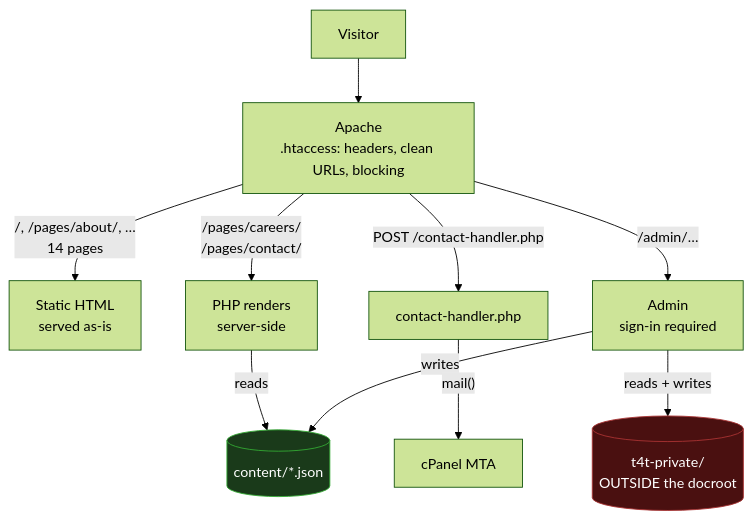
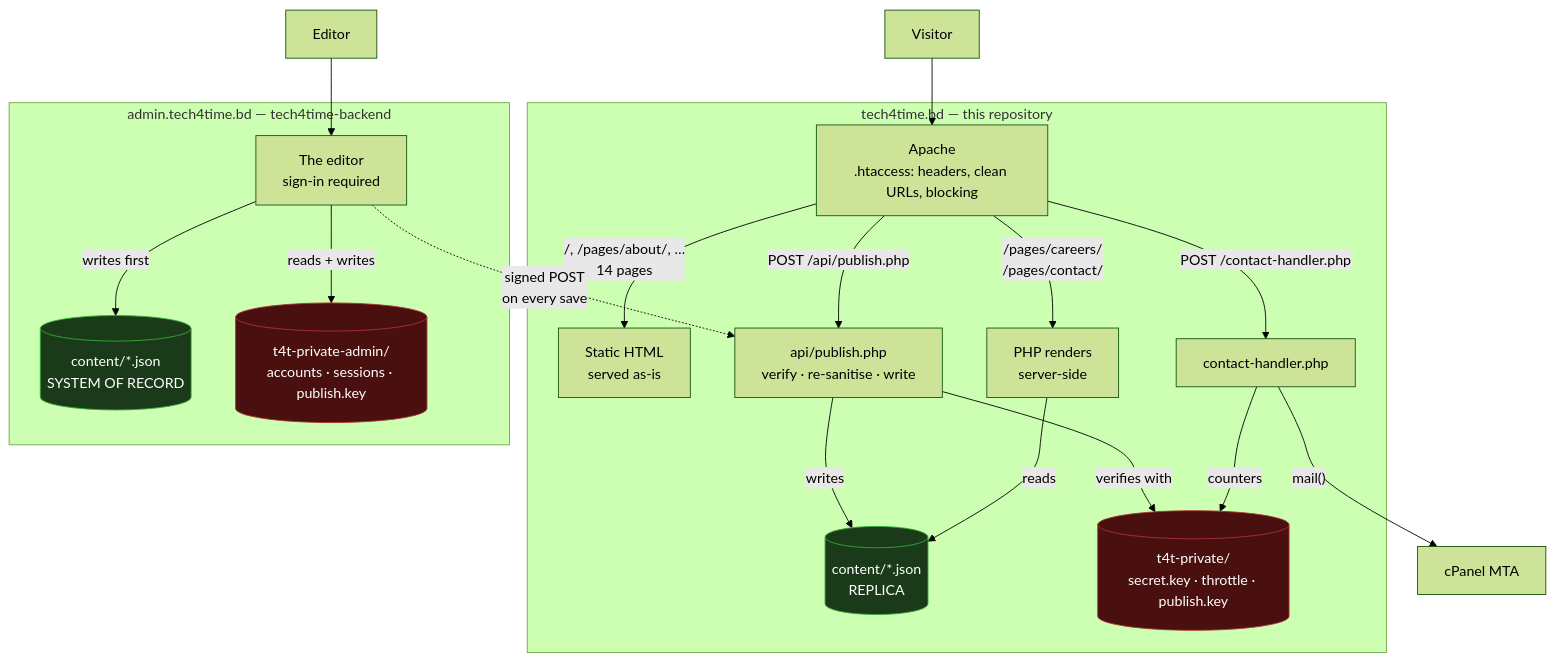
One commit to M-s-Tech4TIME/tech4time-website-frontend changed the first of 3 diagrams in docs/00-orientation/architecture.md. Above: the diagram before and after it, drawn with Mermaid (forest theme). The commit also changed other lines of this file and 87 other files, not shown here.

````diff
--- a/docs/00-orientation/architecture.md
+++ b/docs/00-orientation/architecture.md
@@ -12,17 +12,40 @@
 ```mermaid
 flowchart TB
-    V["Visitor"] --> AP["Apache<br/>.htaccess: headers, clean URLs, blocking"]
+    subgraph FE["tech4time.bd — this repository"]
+        AP["Apache<br/>.htaccess: headers, clean URLs, blocking"]
+        ST["Static HTML<br/>served as-is"]
+        PHP["PHP renders<br/>server-side"]
+        CH["contact-handler.php"]
+        API["api/publish.php<br/>verify · re-sanitise · write"]
+        CJ[("content/*.json<br/>REPLICA")]
+        PS[("t4t-private/<br/>secret.key · throttle · publish.key")]
+    end
 
-    AP -->|"/, /pages/about/, …<br/>14 pages"| ST["Static HTML<br/>served as-is"]
-    AP -->|"/pages/careers/<br/>/pages/contact/"| PHP["PHP renders<br/>server-side"]
-    AP -->|"POST /contact-handler.php"| CH["contact-handler.php"]
-    AP -->|"/admin/…"| ADM["Admin<br/>sign-in required"]
+    subgraph BE["admin.tech4time.bd — tech4time-backend"]
+        ADM["The editor<br/>sign-in required"]
+        BJ[("content/*.json<br/>SYSTEM OF RECORD")]
+        BPS[("t4t-private-admin/<br/>accounts · sessions · publish.key")]
+    end
 
-    PHP -->|reads| CJ[("content/*.json")]
-    ADM -->|writes| CJ
-    ADM -->|reads + writes| PS[("t4t-private/<br/>OUTSIDE the docroot")]
+    V["Visitor"] --> AP
+    AP -->|"/, /pages/about/, …<br/>14 pages"| ST
+    AP -->|"/pages/careers/<br/>/pages/contact/"| PHP
+    AP -->|"POST /contact-handler.php"| CH
+    AP -->|"POST /api/publish.php"| API
+
+    PHP -->|reads| CJ
+    API -->|writes| CJ
     CH -->|"mail()"| MX["cPanel MTA"]
+    CH -->|counters| PS
+    API -->|verifies with| PS
+
+    E["Editor"] --> ADM
+    ADM -->|writes first| BJ
+    ADM -->|reads + writes| BPS
+    ADM -.->|"signed POST<br/>on every save"| API
 
     style PS fill:#4a1010,stroke:#a33,color:#fff
+    style BPS fill:#4a1010,stroke:#a33,color:#fff
     style CJ fill:#1a3a1a,stroke:#3a3,color:#fff
+    style BJ fill:#1a3a1a,stroke:#3a3,color:#fff
 ```
````
